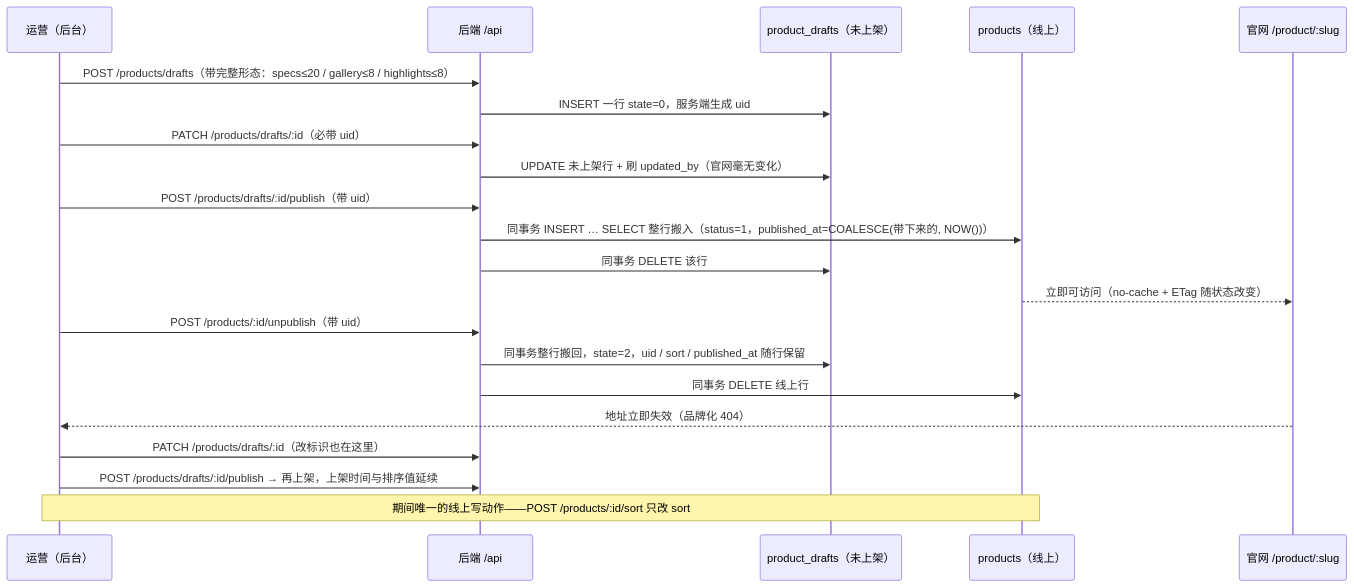
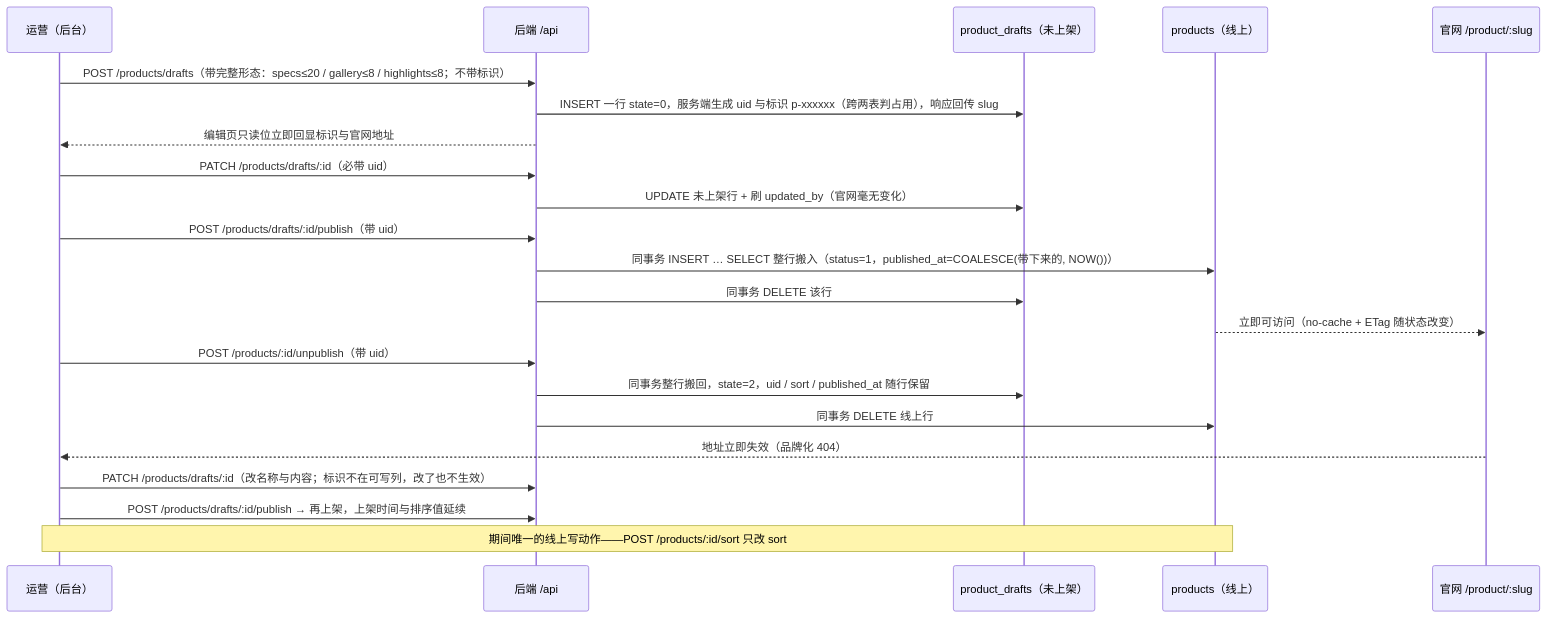
One commit to pikepengfei/buiness changed the ninth of 9 diagrams in docs/service-design/01-frontend-buinessweb-design.md. Above: the diagram before and after it, drawn with Mermaid. The commit also changed other lines of this file and 25 other files, not shown here.

````diff
--- a/docs/service-design/01-frontend-buinessweb-design.md
+++ b/docs/service-design/01-frontend-buinessweb-design.md
@@ -630,24 +630,25 @@
 ```mermaid
 sequenceDiagram
   participant O as 运营（后台）
   participant A as 后端 /api
   participant D as product_drafts（未上架）
   participant P as products（线上）
   participant W as 官网 /product/:slug
 
-  O->>A: POST /products/drafts（带完整形态：specs≤20 / gallery≤8 / highlights≤8）
-  A->>D: INSERT 一行 state=0，服务端生成 uid
+  O->>A: POST /products/drafts（带完整形态：specs≤20 / gallery≤8 / highlights≤8；不带标识）
+  A->>D: INSERT 一行 state=0，服务端生成 uid 与标识 p-xxxxxx（跨两表判占用），响应回传 slug
+  A-->>O: 编辑页只读位立即回显标识与官网地址
   O->>A: PATCH /products/drafts/:id（必带 uid）
   A->>D: UPDATE 未上架行 + 刷 updated_by（官网毫无变化）
   O->>A: POST /products/drafts/:id/publish（带 uid）
   A->>P: 同事务 INSERT … SELECT 整行搬入（status=1，published_at=COALESCE(带下来的, NOW())）
   A->>D: 同事务 DELETE 该行
   P-->>W: 立即可访问（no-cache + ETag 随状态改变）
   O->>A: POST /products/:id/unpublish（带 uid）
   A->>D: 同事务整行搬回，state=2，uid / sort / published_at 随行保留
   A->>P: 同事务 DELETE 线上行
   W-->>O: 地址立即失效（品牌化 404）
-  O->>A: PATCH /products/drafts/:id（改标识也在这里）
+  O->>A: PATCH /products/drafts/:id（改名称与内容；标识不在可写列，改了也不生效）
   O->>A: POST /products/drafts/:id/publish → 再上架，上架时间与排序值延续
   Note over O,P: 期间唯一的线上写动作——POST /products/:id/sort 只改 sort
 ```
````
